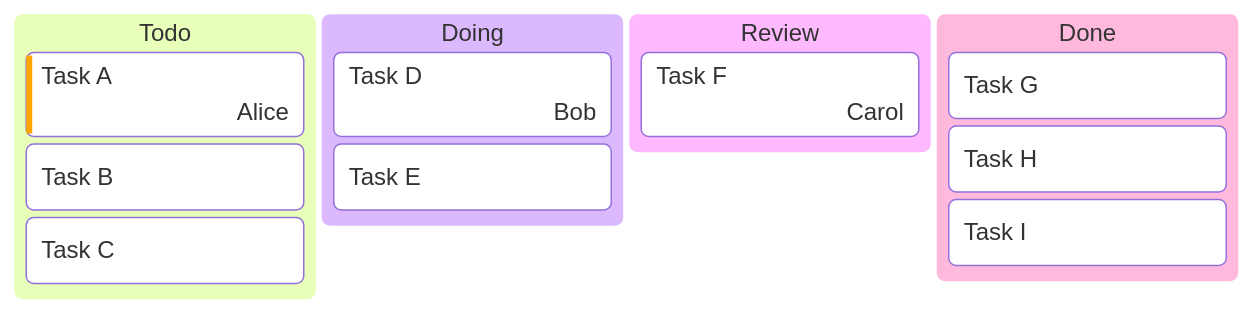
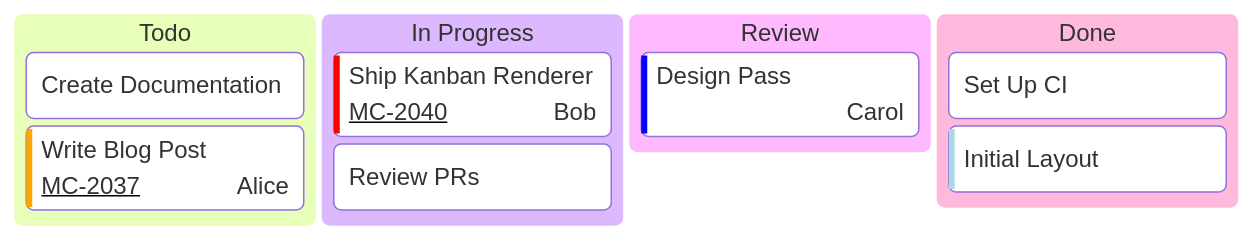
One commit to xmiksay/mermaid changed the diagram in samples/kanban.mmd. Above: the diagram before and after it, drawn with Mermaid. The commit also changed 7 other files, not shown here.

First line of the commit message:
kanban: parse id[Label] form, render tickets and priority borders

```diff
--- a/samples/kanban.mmd
+++ b/samples/kanban.mmd
@@ -1,14 +1,17 @@
+---
+config:
+  kanban:
+    ticketBaseUrl: 'https://mermaidchart.atlassian.net/browse/#TICKET#'
+---
 kanban
-  Todo
-    [Task A]@{ assigned: 'Alice', priority: 'High' }
-    [Task B]
-    [Task C]
-  Doing
-    [Task D]@{ assigned: 'Bob', priority: 'Medium' }
-    [Task E]
-  Review
-    [Task F]@{ assigned: 'Carol' }
-  Done
-    [Task G]
-    [Task H]
-    [Task I]
+  todo[Todo]
+    id1[Create Documentation]
+    id2[Write Blog Post]@{ assigned: 'Alice', priority: 'High', ticket: MC-2037 }
+  doing[In Progress]
+    id3[Ship Kanban Renderer]@{ assigned: 'Bob', priority: 'Very High', ticket: MC-2040 }
+    id4[Review PRs]
+  review[Review]
+    id5[Design Pass]@{ assigned: 'Carol', priority: 'Low' }
+  done[Done]
+    id6[Set Up CI]
+    id7[Initial Layout]@{ priority: 'Very Low' }
```
